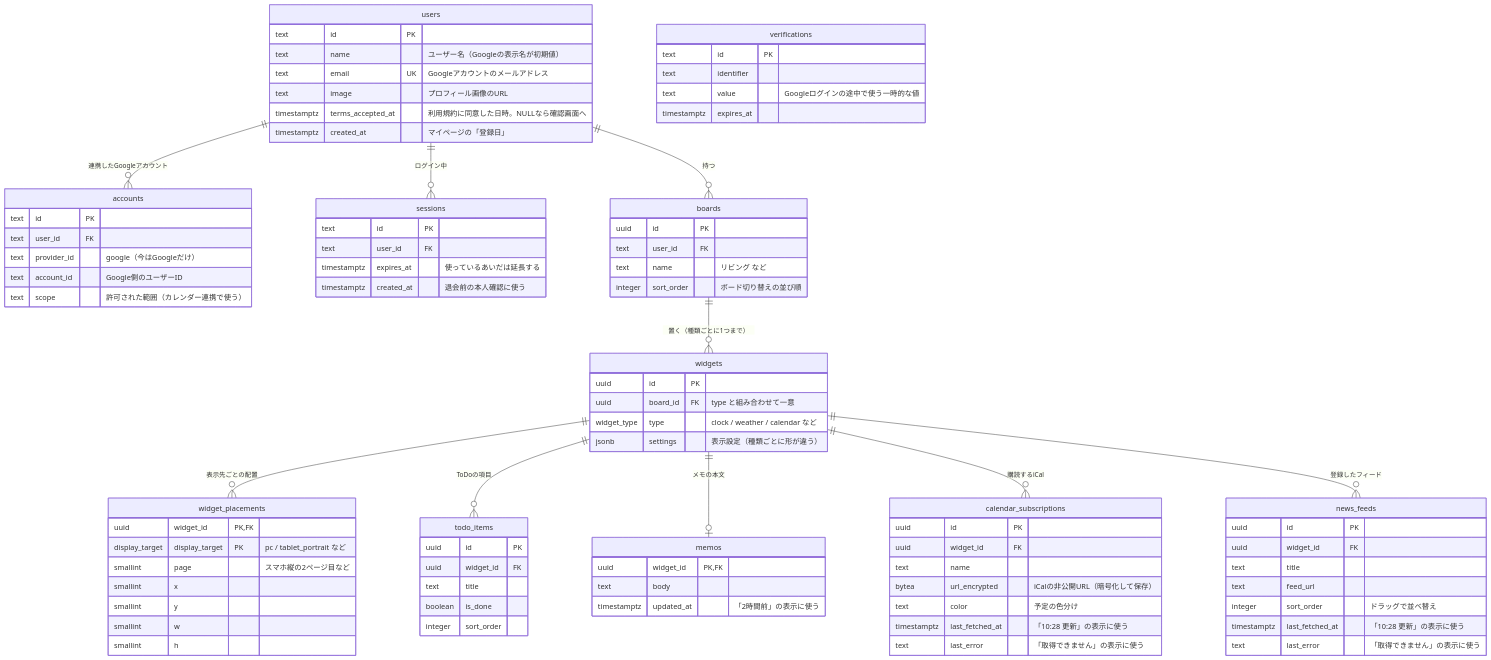
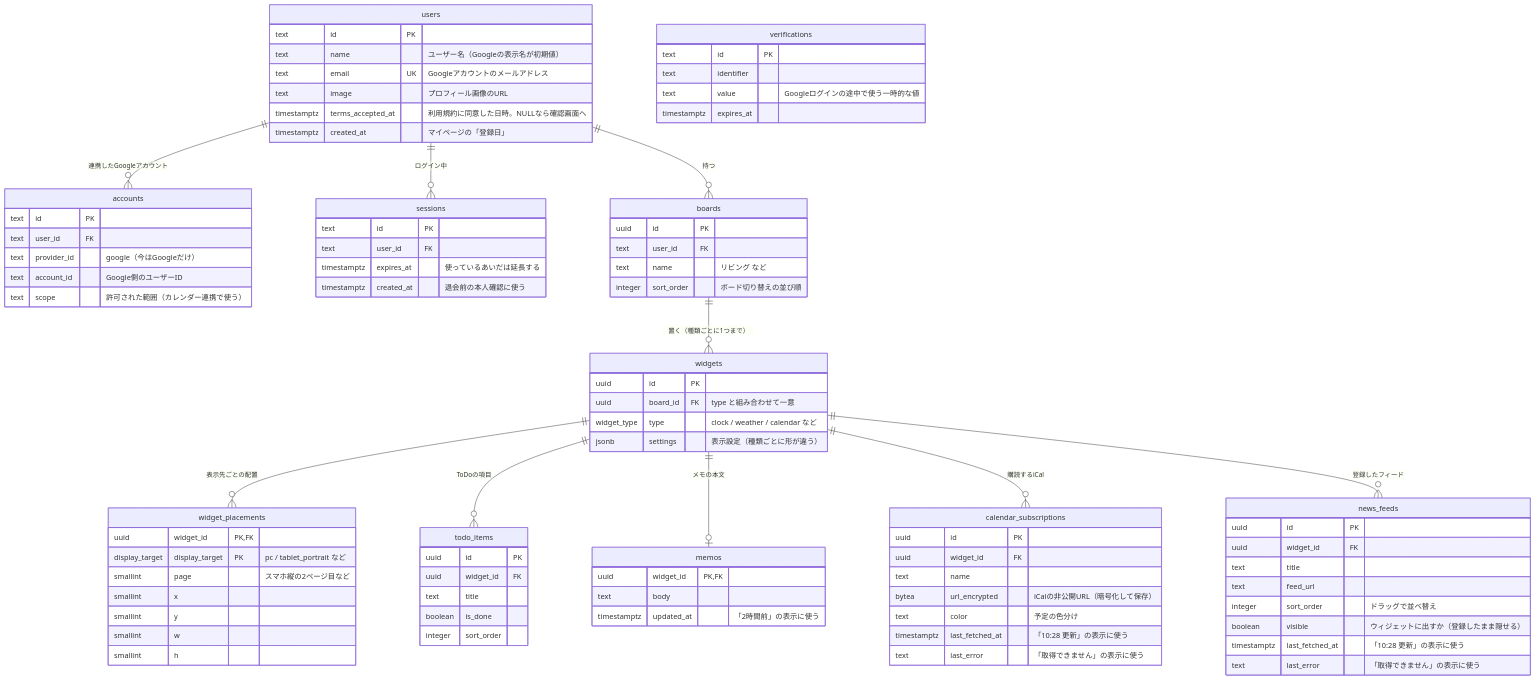
One commit to yt107/mado changed the diagram in docs/er.md. Above: the diagram before and after it, drawn with Mermaid. The commit also changed other lines of this file and 18 other files, not shown here.

```diff
--- a/docs/er.md
+++ b/docs/er.md
@@ -105,6 +105,7 @@
     text title
     text feed_url
     integer sort_order "ドラッグで並べ替え"
+    boolean visible "ウィジェットに出すか（登録したまま隠せる）"
     timestamptz last_fetched_at "「10:28 更新」の表示に使う"
     text last_error "「取得できません」の表示に使う"
   }
```
